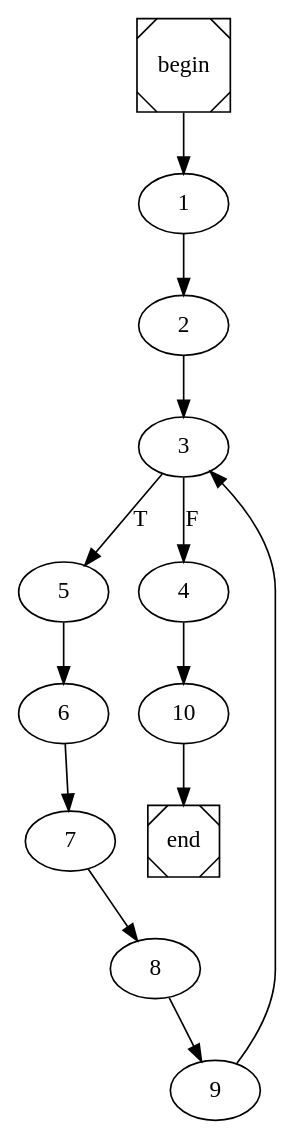
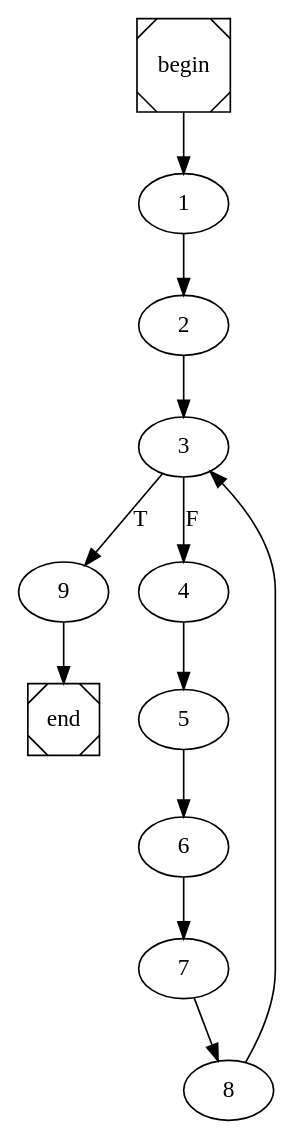
The diagram in pow_int_int.dot (arubenruben/JMM-Compiler), drawn with Graphviz before and after one commit. The commit also changed 11 other files, not shown here.

```diff
--- a/pow_int_int.dot
+++ b/pow_int_int.dot
@@ -1,4 +1,4 @@
 digraph cfg {
 	begin [shape=Msquare];
 	end [shape=Msquare];
-	begin -> 1;	1 -> 2;	2 -> 3;	3 -> 5[label=T];	3 -> 4[label=F];	4 -> 10;	5 -> 6;	6 -> 7;	7 -> 8;	8 -> 9;	9 -> 3;	10 -> end;}
+	begin -> 1;	1 -> 2;	2 -> 3;	3 -> 9[label=T];	3 -> 4[label=F];	4 -> 5;	5 -> 6;	6 -> 7;	7 -> 8;	8 -> 3;	9 -> end;}
```
